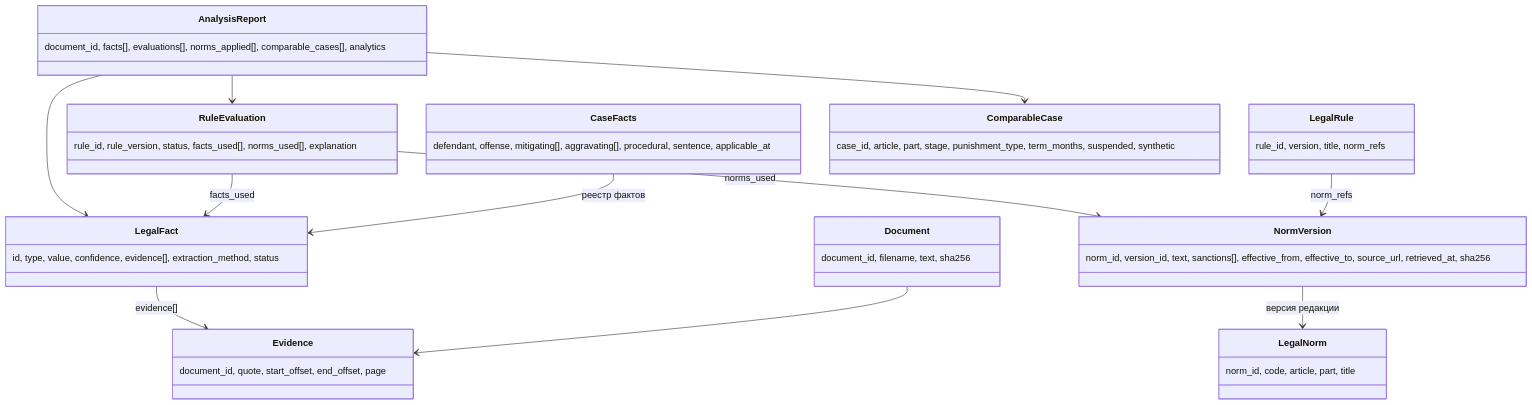
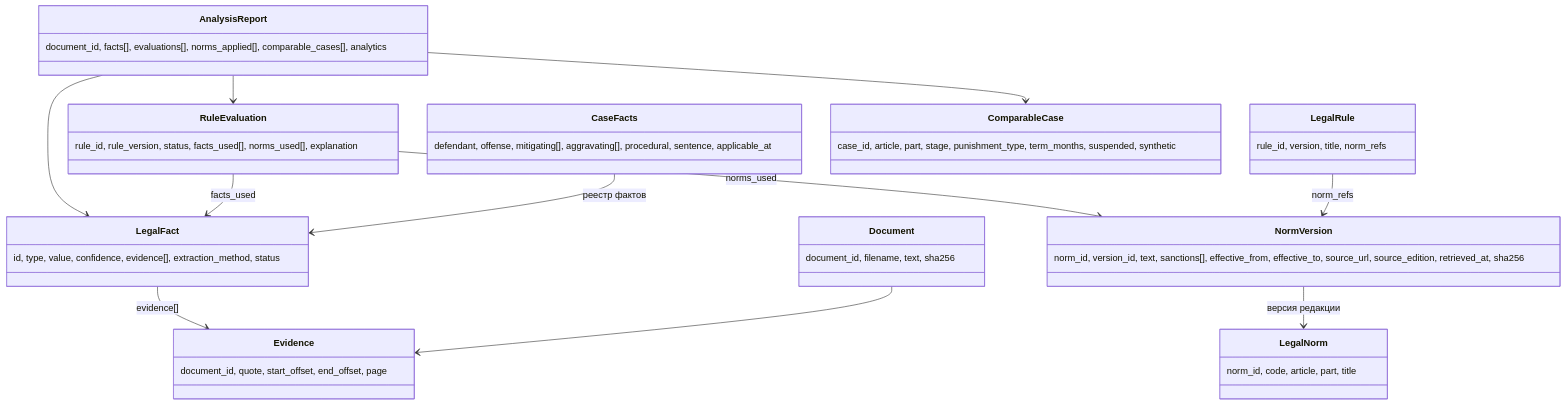
One commit to Timur-marii8st/yusticiia changed the diagram in docs/DOMAIN_MODEL.md. Above: the diagram before and after it, drawn with Mermaid. The commit also changed other lines of this file and 6 other files, not shown here.

````diff
--- a/docs/DOMAIN_MODEL.md
+++ b/docs/DOMAIN_MODEL.md
@@ -9,24 +9,24 @@
 ```mermaid
 classDiagram
     class Document {document_id, filename, text, sha256}
     class Evidence {document_id, quote, start_offset, end_offset, page}
     class LegalFact {id, type, value, confidence, evidence[], extraction_method, status}
     class CaseFacts {defendant, offense, mitigating[], aggravating[], procedural, sentence, applicable_at}
     class LegalNorm {norm_id, code, article, part, title}
-    class NormVersion {norm_id, version_id, text, sanctions[], effective_from, effective_to, source_url, retrieved_at, sha256}
+    class NormVersion {norm_id, version_id, text, sanctions[], effective_from, effective_to, source_url, source_edition, retrieved_at, sha256}
     class LegalRule {rule_id, version, title, norm_refs}
     class RuleEvaluation {rule_id, rule_version, status, facts_used[], norms_used[], explanation}
     class ComparableCase {case_id, article, part, stage, punishment_type, term_months, suspended, synthetic}
     class AnalysisReport {document_id, facts[], evaluations[], norms_applied[], comparable_cases[], analytics}
 
     Document --> Evidence
     LegalFact --> Evidence : evidence[]
     CaseFacts --> LegalFact : реестр фактов
     NormVersion --> LegalNorm : версия редакции
     LegalRule --> NormVersion : norm_refs
     RuleEvaluation --> LegalFact : facts_used
     RuleEvaluation --> NormVersion : norms_used
     AnalysisReport --> LegalFact
     AnalysisReport --> RuleEvaluation
     AnalysisReport --> ComparableCase
 ```
````
